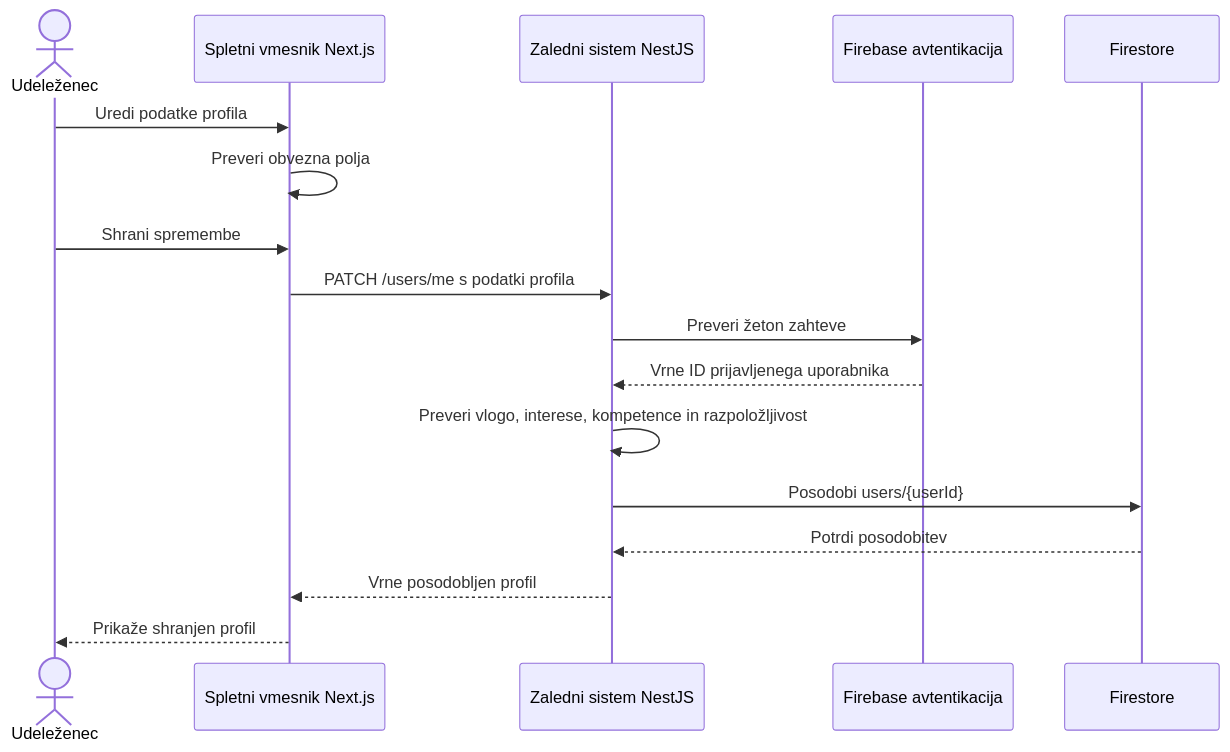
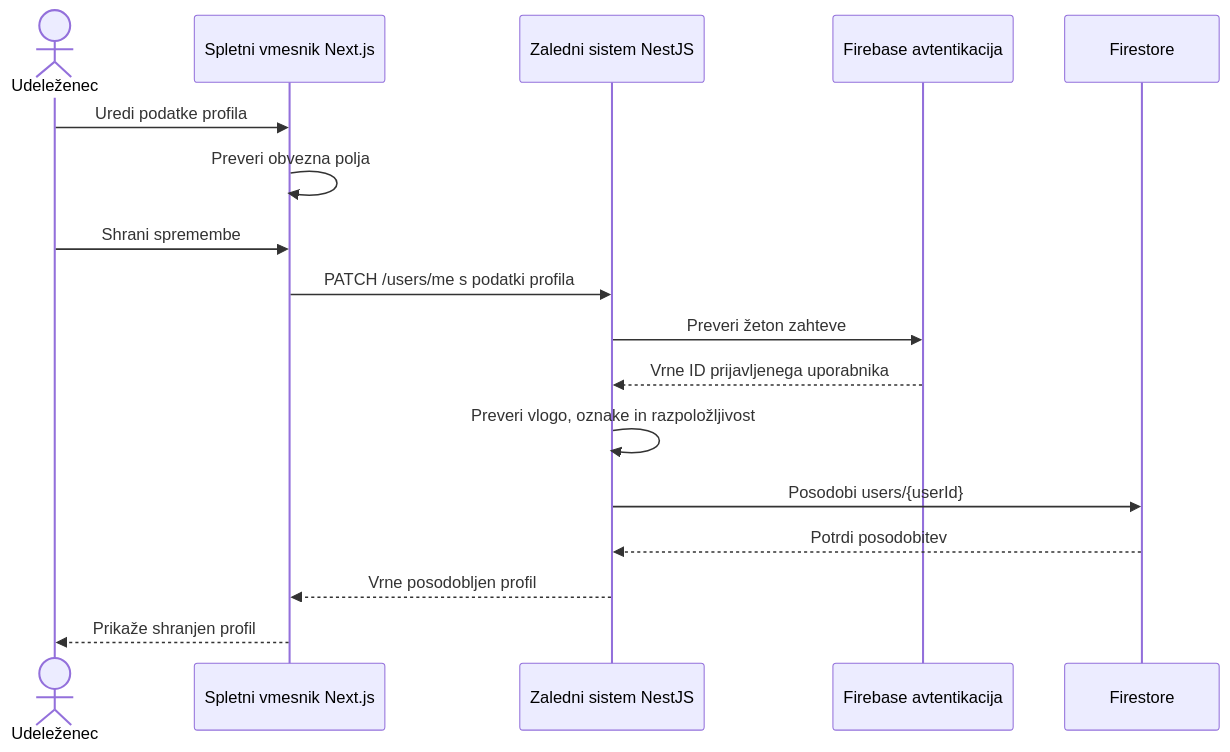
The second of 5 diagrams in docs/03-nacrt/diagrami/Sequence diagram/README.md (nikop36/confera), drawn with Mermaid before and after one commit. The commit also changed other lines of this file and 42 other files, not shown here.

````diff
--- a/docs/03-nacrt/diagrami/Sequence diagram/README.md
+++ b/docs/03-nacrt/diagrami/Sequence diagram/README.md
@@ -37,20 +37,20 @@
 ```mermaid
 sequenceDiagram
     actor P as Udeleženec
     participant FE as Spletni vmesnik Next.js
     participant API as Zaledni sistem NestJS
     participant Auth as Firebase avtentikacija
     participant DB as Firestore
 
     P->>FE: Uredi podatke profila
     FE->>FE: Preveri obvezna polja
     P->>FE: Shrani spremembe
     FE->>API: PATCH /users/me s podatki profila
     API->>Auth: Preveri žeton zahteve
     Auth-->>API: Vrne ID prijavljenega uporabnika
-    API->>API: Preveri vlogo, interese, kompetence in razpoložljivost
+    API->>API: Preveri vlogo, oznake in razpoložljivost
     API->>DB: Posodobi users/{userId}
     DB-->>API: Potrdi posodobitev
     API-->>FE: Vrne posodobljen profil
     FE-->>P: Prikaže shranjen profil
 ```
````
